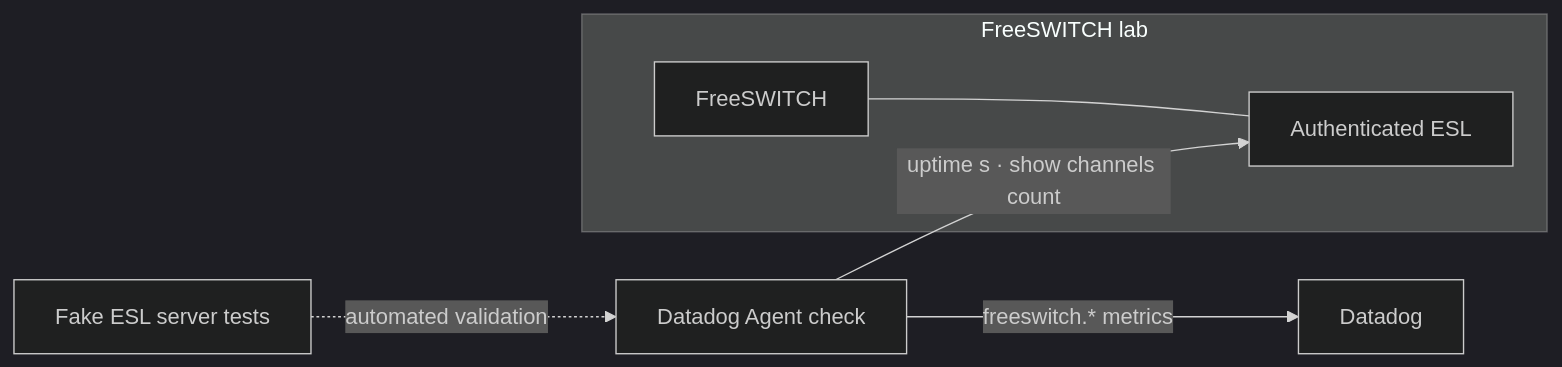
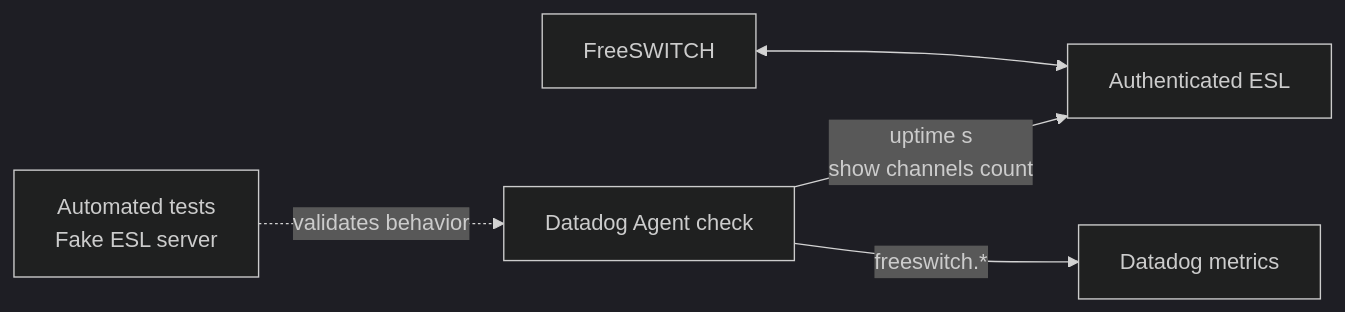
Before and after one commit to shivamsancc/datadog-freeswitch: the diagram in README.md, drawn with Mermaid (dark theme). The commit also changed other lines of this file, not shown here.

````diff
--- a/README.md
+++ b/README.md
@@ -28,11 +54,12 @@
 ```mermaid
 flowchart LR
-    subgraph LAB["FreeSWITCH lab"]
-        FS["FreeSWITCH"]
-        ESL["Authenticated ESL"]
-        FS --- ESL
-    end
-    AGENT["Datadog Agent check"] -->|"uptime s · show channels count"| ESL
-    AGENT -->|"freeswitch.* metrics"| DD["Datadog"]
-    TESTS["Fake ESL server tests"] -. "automated validation" .-> AGENT
+    FS["FreeSWITCH"]
+    ESL["Authenticated ESL"]
+    CHECK["Datadog Agent check"]
+    DD["Datadog metrics"]
+    TEST["Automated tests<br/>Fake ESL server"]
+    FS <--> ESL
+    CHECK -->|"uptime s<br/>show channels count"| ESL
+    CHECK -->|"freeswitch.*"| DD
+    TEST -. "validates behavior" .-> CHECK
 ```
````
